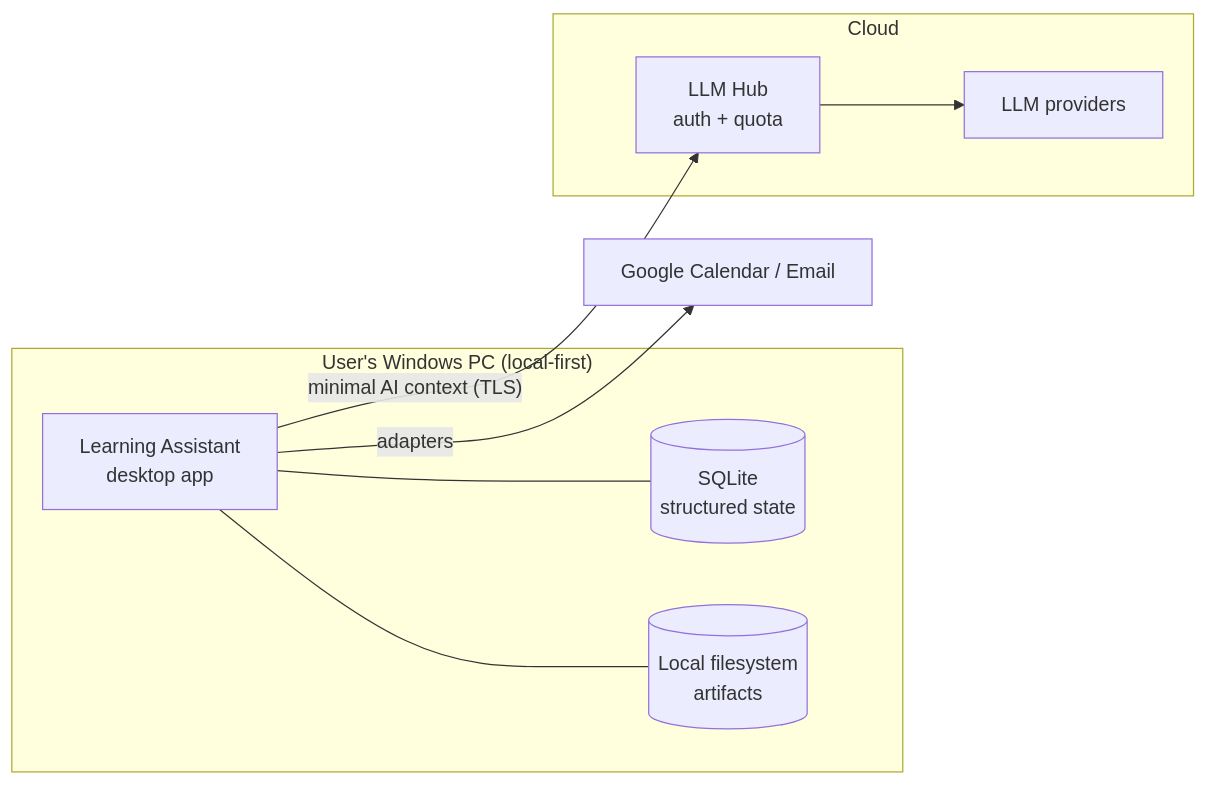
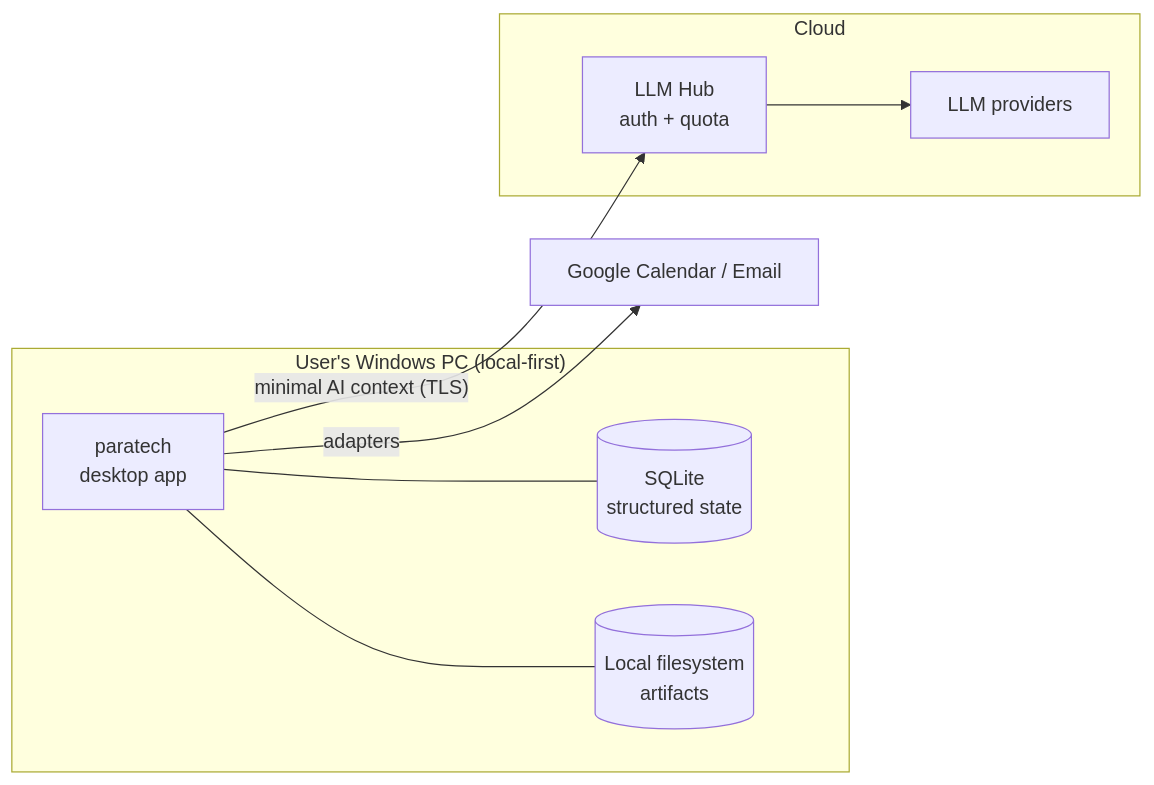
One commit to 3XBAT/paratech changed the second of 14 diagrams in docs/prd/learning-assistant-prd-v0.4.md. Above: the diagram before and after it, drawn with Mermaid. The commit also changed other lines of this file and 2 other files, not shown here.

Commit message:
TASK-069: paratech in the PRD (name only) and the design docs; section «Конспекты и задания» in the concept

````diff
--- a/docs/prd/learning-assistant-prd-v0.4.md
+++ b/docs/prd/learning-assistant-prd-v0.4.md
@@ -88,18 +88,18 @@
 ```mermaid
 flowchart LR
     subgraph PC["User's Windows PC (local-first)"]
-        APP["Learning Assistant<br/>desktop app"]
+        APP["paratech<br/>desktop app"]
         DB[("SQLite<br/>structured state")]
         FS[("Local filesystem<br/>artifacts")]
         APP --- DB
         APP --- FS
     end
     subgraph CLOUD["Cloud"]
         HUB["LLM Hub<br/>auth + quota"]
         LLM["LLM providers"]
         HUB --> LLM
     end
     EXT["Google Calendar / Email"]
     APP -- "minimal AI context (TLS)" --> HUB
     APP -- "adapters" --> EXT
 ```
````
